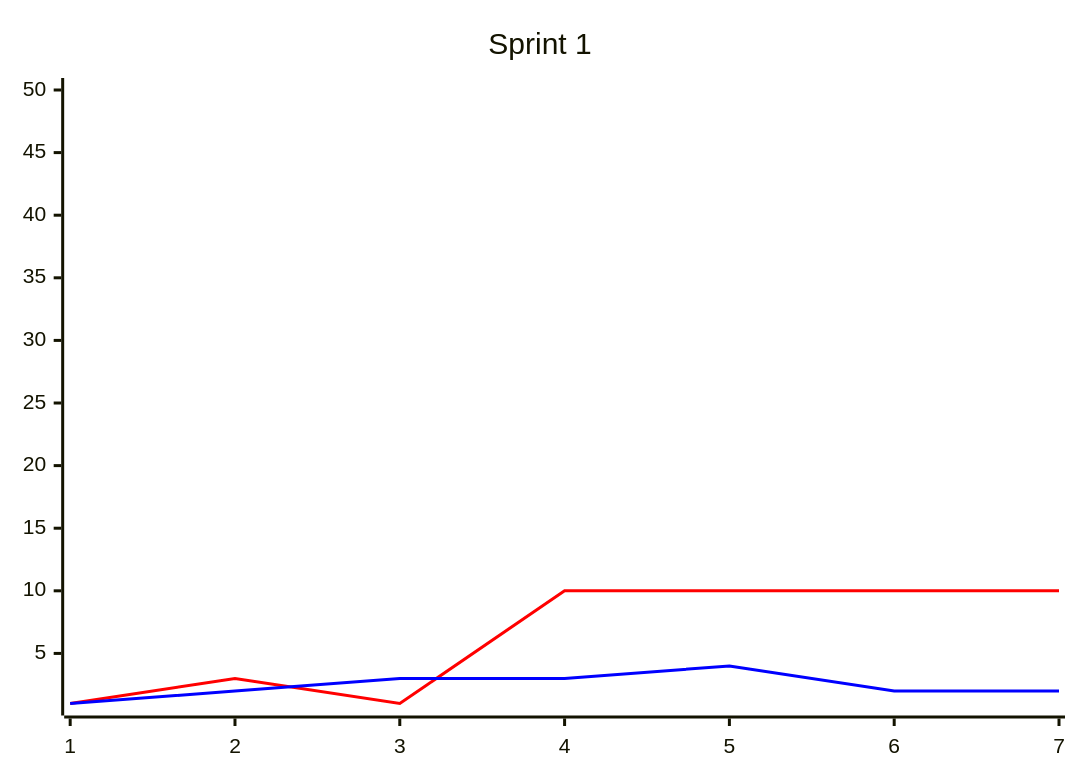
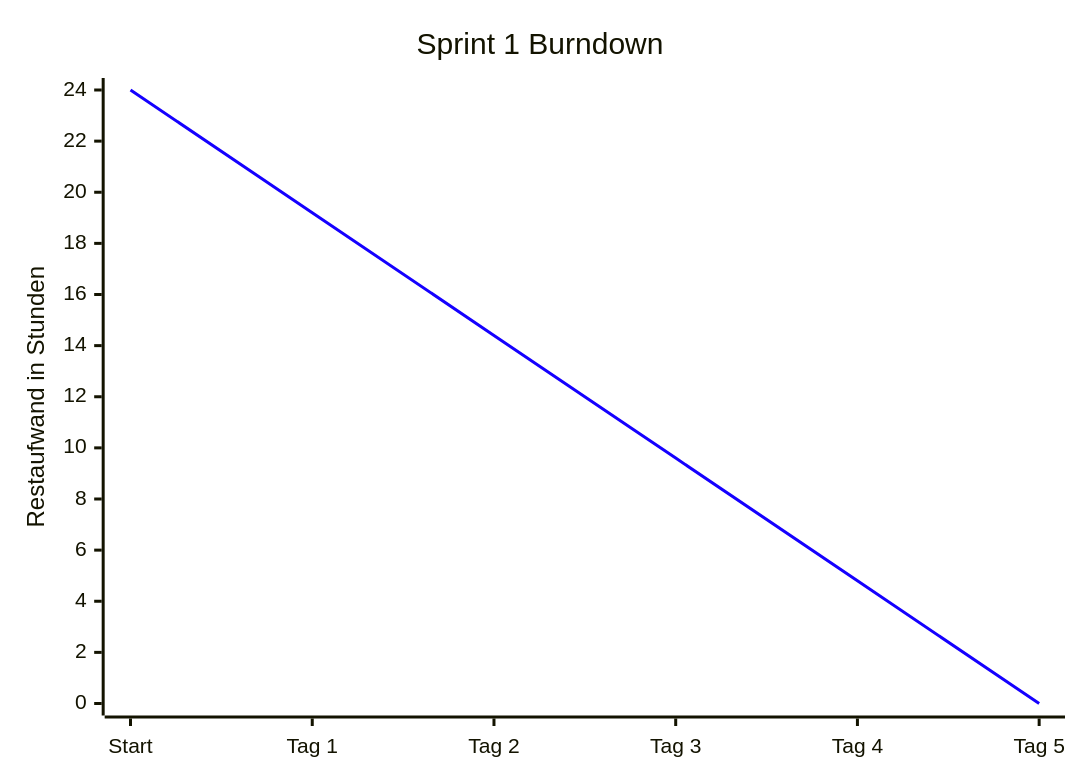
The diagram in docs/burndown_charts/burndown_Sprint_1.md (Moewe-WHV/iSlave), drawn with Mermaid before and after one commit. The commit also changed 1 other file, not shown here.

Commit message:
add: Protokoll 18.08.

````diff
--- a/docs/burndown_charts/burndown_Sprint_1.md
+++ b/docs/burndown_charts/burndown_Sprint_1.md
@@ -1,11 +1,11 @@
 ```mermaid
-%%{init: {"themeVariables": {"xyChart": {"plotColorPalette": "#ff0000, #0000ff"}}}}%%
+%%{init: {"themeVariables": {"xyChart": {"plotColorPalette": "#1500ff, #c21307"}}}}%%
 
 
 xychart-beta
-    title "Sprint 1"
-    x-axis [1, 2, 3, 4, 5, 6, 7]
-    y-axis 1 --> 50
-    line "IST" [1, 3, 1, 10, 10, 10, 10]
-    line "PLAN" [1, 2, 3, 3, 4, 2, 2]
+    title "Sprint 1 Burndown"
+    x-axis ["Start", "Tag 1", "Tag 2", "Tag 3", "Tag 4", "Tag 5"]
+    y-axis "Restaufwand in Stunden" 0 --> 24
+    line "PLAN" [24, 19.2, 14.4, 9.6, 4.8, 0]
+    line "IST" [24]
 ```
````
